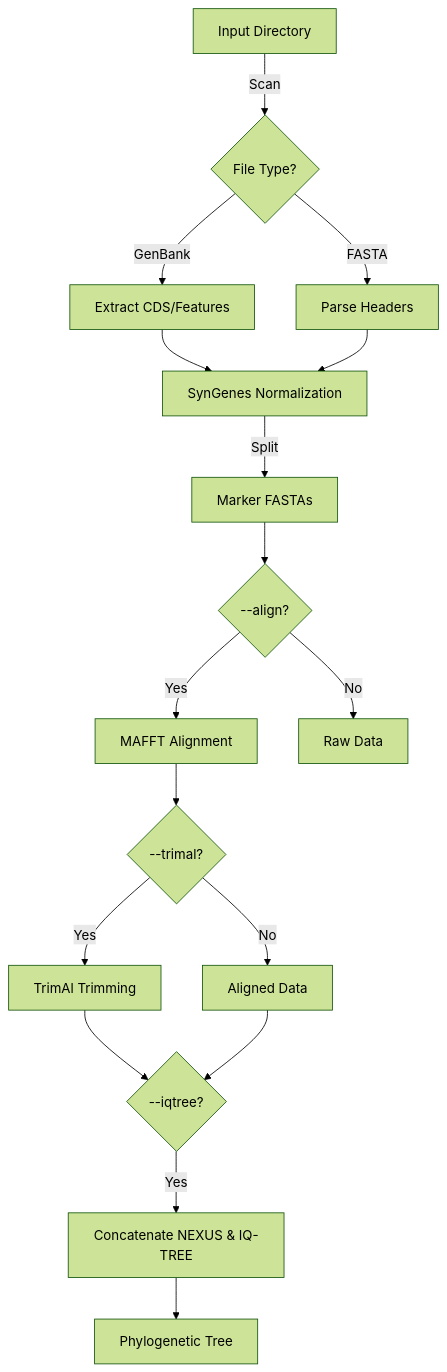
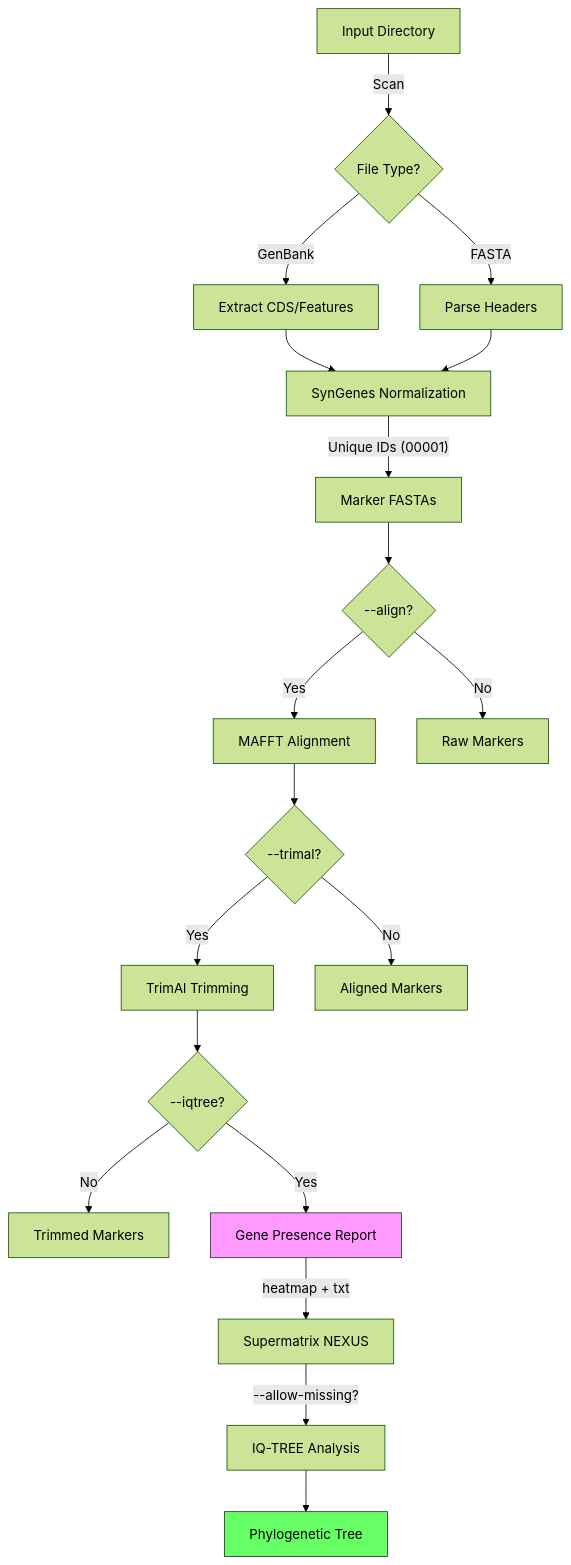
Before and after one commit to luanrabelo/splace: the diagram in README.md, drawn with Mermaid (forest theme). The commit also changed other lines of this file and 20 other files, not shown here.

````diff
--- a/README.md
+++ b/README.md
@@ -159,19 +271,24 @@
 ```mermaid
 graph TD
     A[Input Directory] -->|Scan| B{File Type?}
     B -->|GenBank| C[Extract CDS/Features]
     B -->|FASTA| D[Parse Headers]
     C --> E[SynGenes Normalization]
     D --> E
-    E -->|Split| F[Marker FASTAs]
+    E -->|"Unique IDs (00001)"| F[Marker FASTAs]
     F --> G{--align?}
     G -->|Yes| H[MAFFT Alignment]
-    G -->|No| I[Raw Data]
+    G -->|No| END1[Raw Markers]
     H --> J{--trimal?}
     J -->|Yes| K[TrimAl Trimming]
-    J -->|No| L[Aligned Data]
+    J -->|No| END2[Aligned Markers]
     K --> M{--iqtree?}
-    L --> M
-    M -->|Yes| N[Concatenate NEXUS & IQ-TREE]
-    N --> O[Phylogenetic Tree]
+    M -->|No| END3[Trimmed Markers]
+    M -->|Yes| R[Gene Presence Report]
+    R -->|"heatmap + txt"| S[Supermatrix NEXUS]
+    S -->|"--allow-missing?"| T[IQ-TREE Analysis]
+    T --> O[Phylogenetic Tree]
+
+    style R fill:#f9f,stroke:#333
+    style O fill:#6f6,stroke:#333
 ```
````
